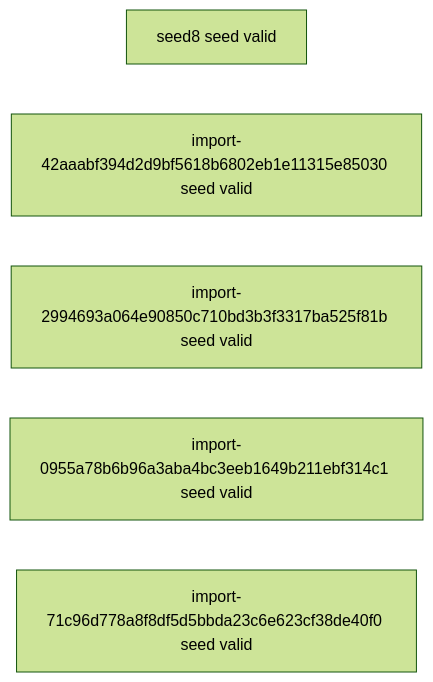
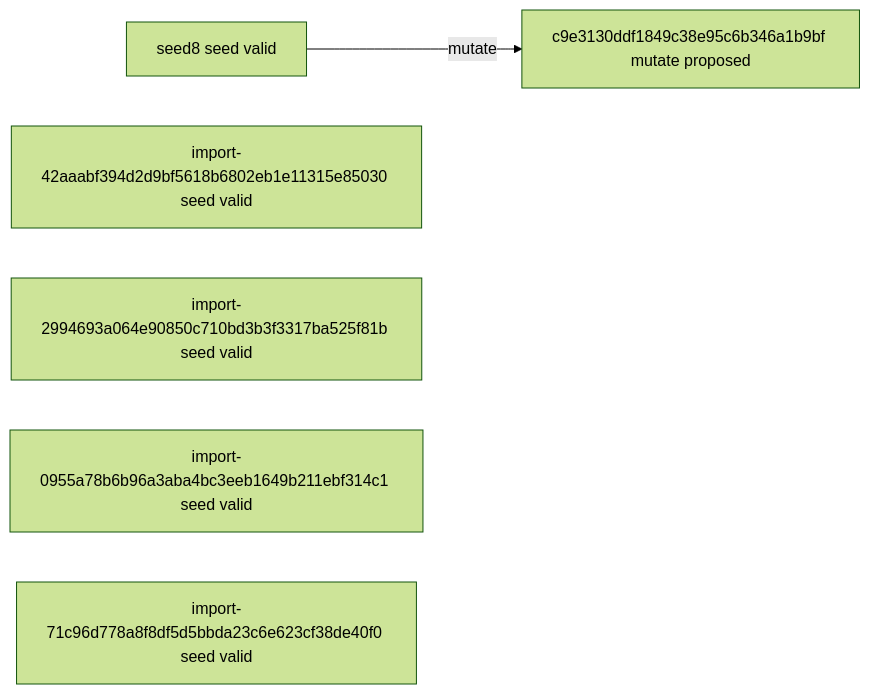
One commit to timbtz/feyer-search-lab changed the diagram in experiments/campaigns/smac-pilot-v1/README.md. Above: the diagram before and after it, drawn with Mermaid (forest theme). The commit also changed other lines of this file and 7 other files, not shown here.

````diff
--- a/experiments/campaigns/smac-pilot-v1/README.md
+++ b/experiments/campaigns/smac-pilot-v1/README.md
@@ -21,8 +21,10 @@
 ```mermaid
 graph LR
   n0["seed8 seed valid"]
   n1["import-42aaabf394d2d9bf5618b6802eb1e11315e85030 seed valid"]
   n2["import-2994693a064e90850c710bd3b3f3317ba525f81b seed valid"]
   n3["import-0955a78b6b96a3aba4bc3eeb1649b211ebf314c1 seed valid"]
   n4["import-71c96d778a8f8df5d5bbda23c6e623cf38de40f0 seed valid"]
+  n5["c9e3130ddf1849c38e95c6b346a1b9bf mutate proposed"]
+  n0 -->|mutate| n5
 ```
````
